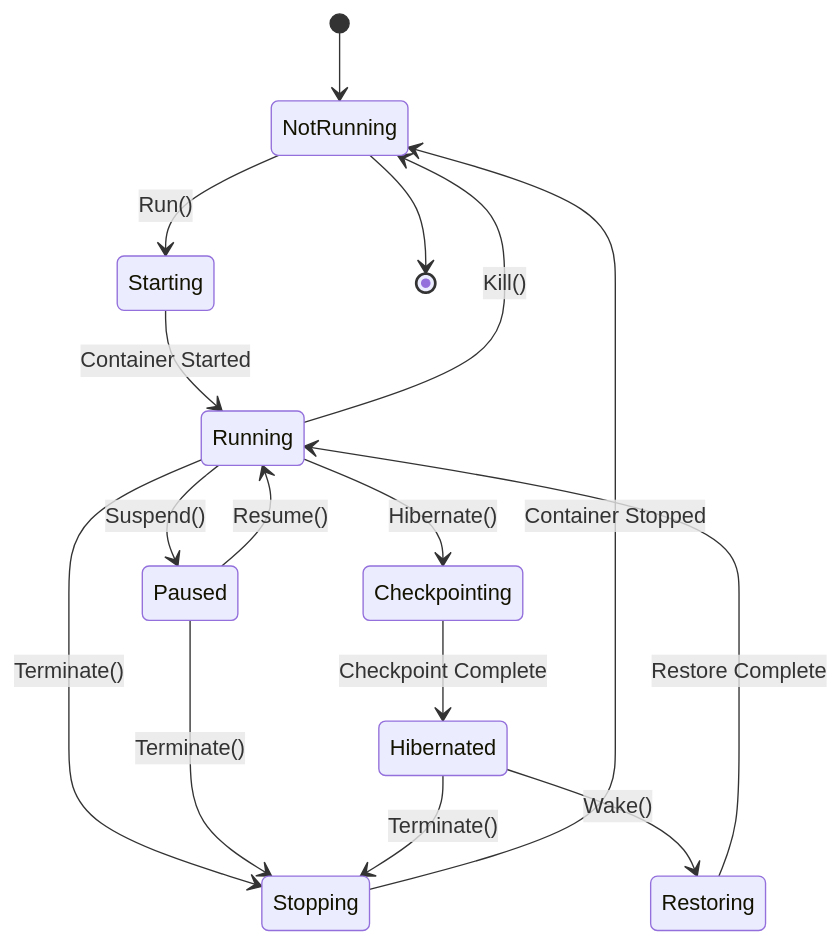
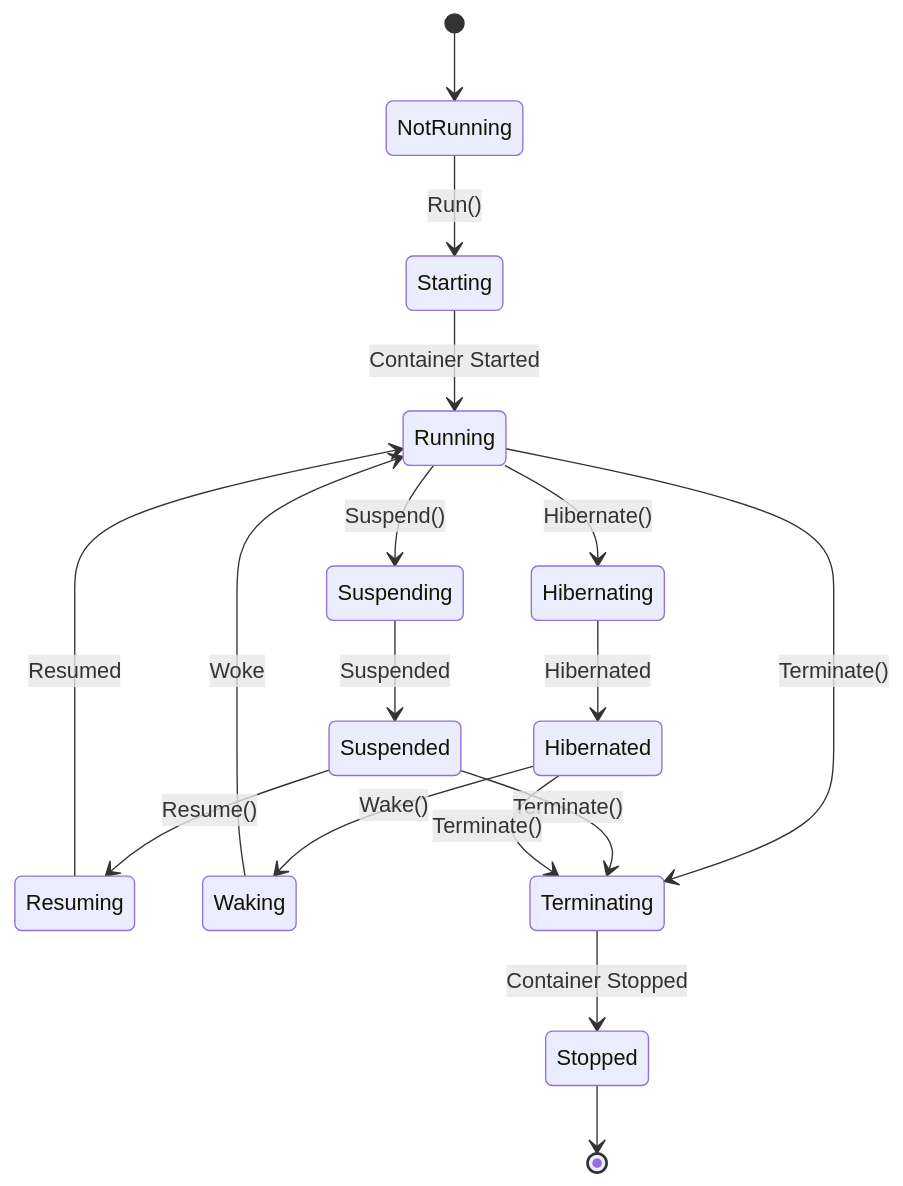
Before and after one commit to rdkcentral/entservices-appmanagers: the second of 10 diagrams in RuntimeManager/RuntimeManager.md, drawn with Mermaid. The commit also changed other lines of this file and 19 other files, not shown here.

````diff
--- a/RuntimeManager/RuntimeManager.md
+++ b/RuntimeManager/RuntimeManager.md
@@ -161,18 +72,19 @@
 ```mermaid
 stateDiagram-v2
     [*] --> NotRunning
     NotRunning --> Starting: Run()
     Starting --> Running: Container Started
-    Running --> Paused: Suspend()
-    Paused --> Running: Resume()
-    Running --> Checkpointing: Hibernate()
-    Checkpointing --> Hibernated: Checkpoint Complete
-    Hibernated --> Restoring: Wake()
-    Restoring --> Running: Restore Complete
-    Running --> Stopping: Terminate()
-    Paused --> Stopping: Terminate()
-    Hibernated --> Stopping: Terminate()
-    Stopping --> NotRunning: Container Stopped
-    Running --> NotRunning: Kill()
-    NotRunning --> [*]
+    Running --> Suspending: Suspend()
+    Suspending --> Suspended: Suspended
+    Suspended --> Resuming: Resume()
+    Resuming --> Running: Resumed
+    Running --> Hibernating: Hibernate()
+    Hibernating --> Hibernated: Hibernated
+    Hibernated --> Waking: Wake()
+    Waking --> Running: Woke
+    Running --> Terminating: Terminate()
+    Suspended --> Terminating: Terminate()
+    Hibernated --> Terminating: Terminate()
+    Terminating --> Stopped: Container Stopped
+    Stopped --> [*]
 ```
````
